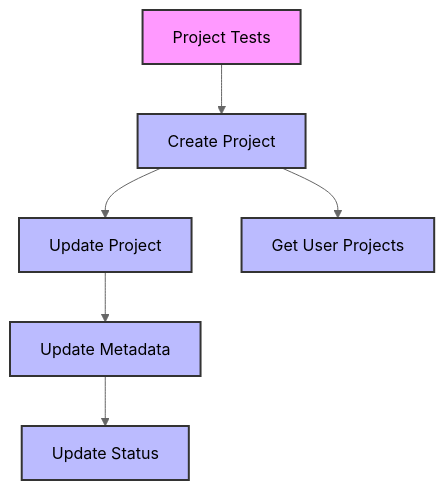
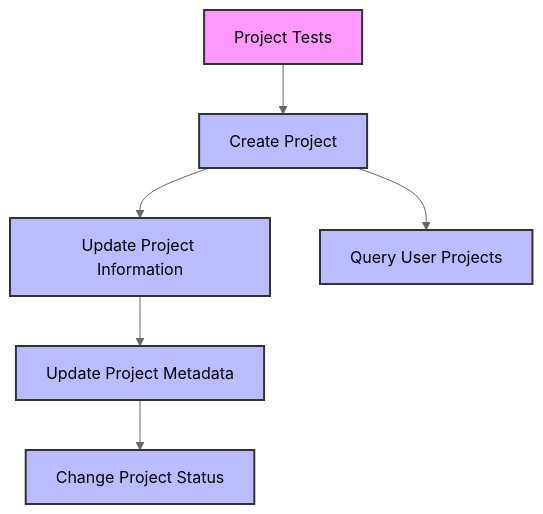
The first of 5 diagrams in packages/foundry/test/test-workflow.md (Buidl-Land/DappFlow), drawn with Mermaid (neutral theme) before and after one commit. The commit also changed other lines of this file and 22 other files, not shown here.

First line of the commit message:
Refactor project structure and enhance Diamond contract architecture

````diff
--- a/packages/foundry/test/test-workflow.md
+++ b/packages/foundry/test/test-workflow.md
@@ -5,15 +7,15 @@
 ```mermaid
 graph TD
     A[Project Tests] --> B[Create Project]
-    B --> C[Update Project]
-    C --> D[Update Metadata]
-    D --> E[Update Status]
-    B --> F[Get User Projects]
+    B --> C[Update Project Information]
+    C --> D[Update Project Metadata]
+    D --> E[Change Project Status]
+    B --> F[Query User Projects]
 
     style A fill:#f9f,stroke:#333,stroke-width:2px
     style B fill:#bbf,stroke:#333,stroke-width:2px
     style C fill:#bbf,stroke:#333,stroke-width:2px
     style D fill:#bbf,stroke:#333,stroke-width:2px
     style E fill:#bbf,stroke:#333,stroke-width:2px
     style F fill:#bbf,stroke:#333,stroke-width:2px
 ```
````
